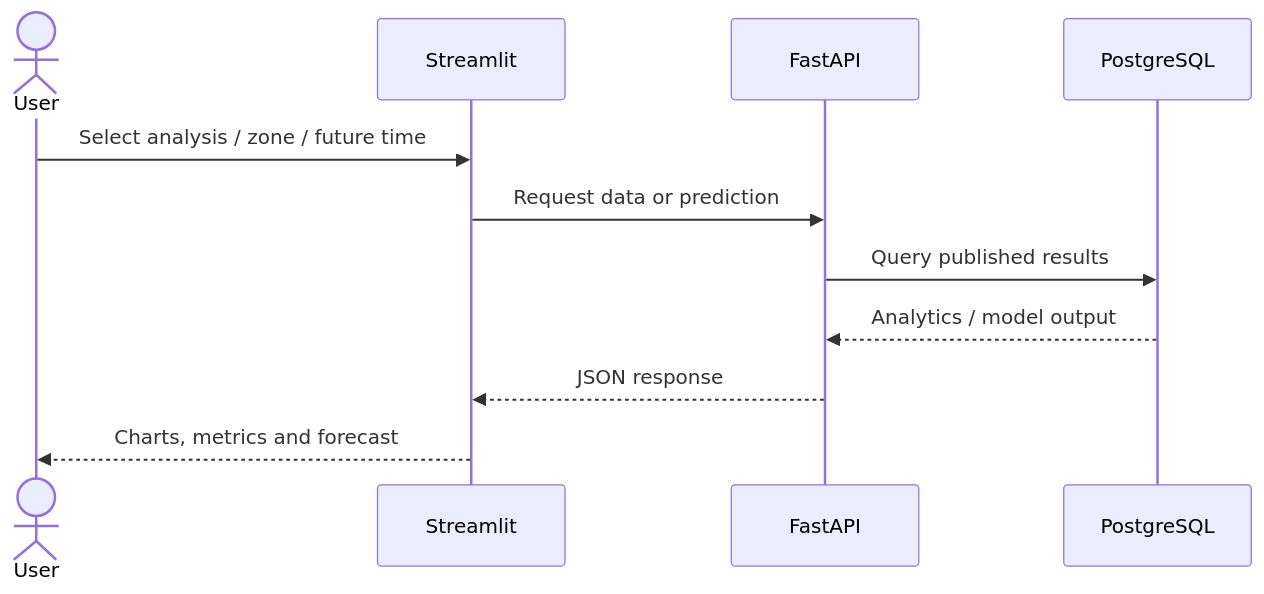
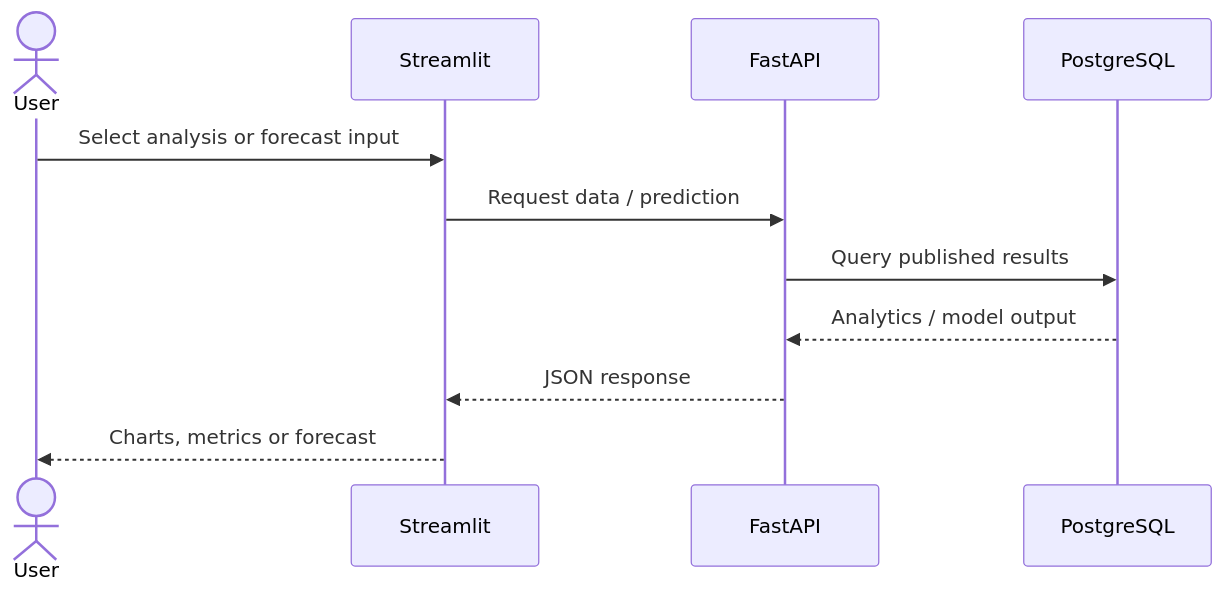
One commit to georgeballa7/NycTaxiDemandForecasting changed the diagram in docs/frontend.md. Above: the diagram before and after it, drawn with Mermaid. The commit also changed other lines of this file and 4 other files, not shown here.

````diff
--- a/docs/frontend.md
+++ b/docs/frontend.md
@@ -9,13 +17,13 @@
 ```mermaid
 sequenceDiagram
     actor User
     participant UI as Streamlit
     participant API as FastAPI
     participant DB as PostgreSQL
-    User->>UI: Select analysis / zone / future time
-    UI->>API: Request data or prediction
+    User->>UI: Select analysis or forecast input
+    UI->>API: Request data / prediction
     API->>DB: Query published results
     DB-->>API: Analytics / model output
     API-->>UI: JSON response
-    UI-->>User: Charts, metrics and forecast
+    UI-->>User: Charts, metrics or forecast
 ```
````
